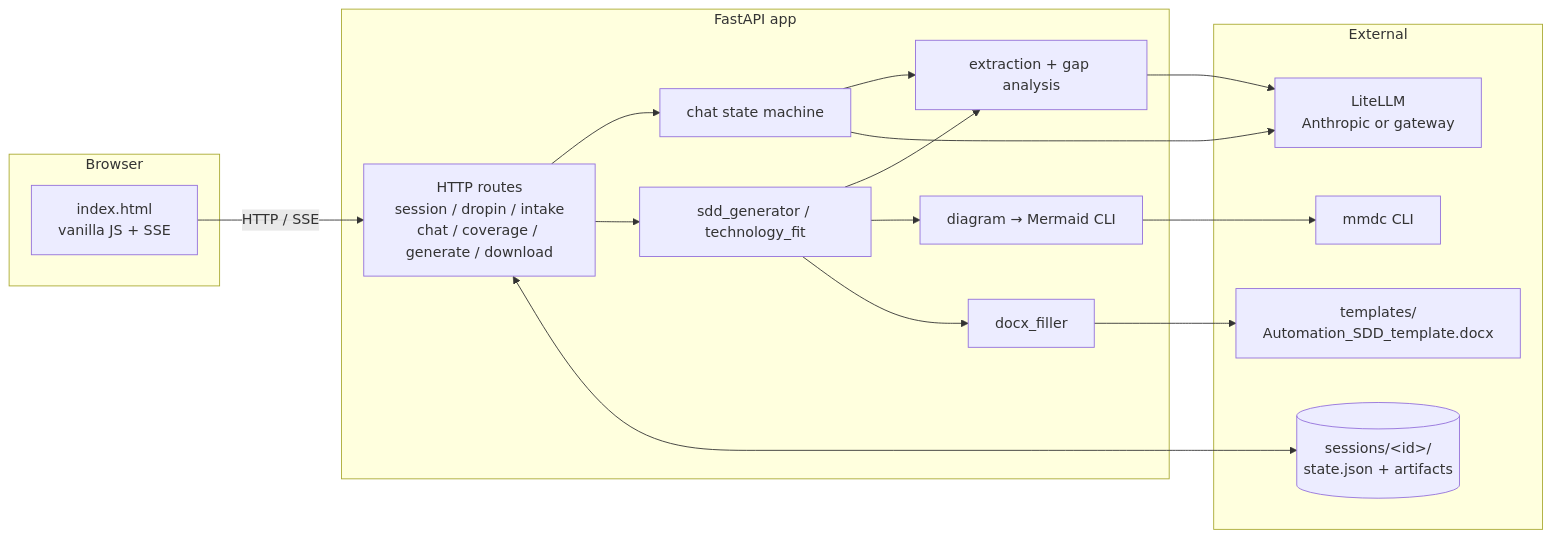
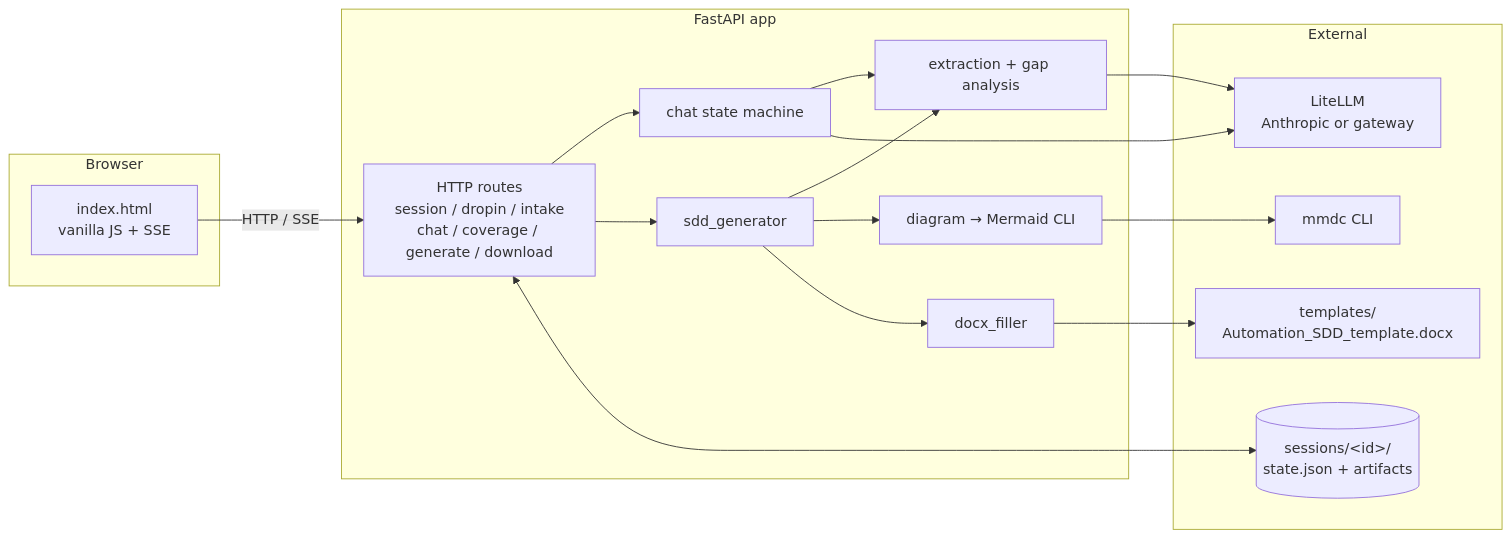
Before and after one commit to Ben-Bobo/agent-sdd-creator: the diagram in README.md, drawn with Mermaid. The commit also changed other lines of this file and 42 other files, not shown here.

````diff
--- a/README.md
+++ b/README.md
@@ -24,32 +18,32 @@
 ```mermaid
 flowchart LR
     subgraph Browser
         UI[index.html<br/>vanilla JS + SSE]
     end
     subgraph App[FastAPI app]
         Routes[HTTP routes<br/>session / dropin / intake<br/>chat / coverage / generate / download]
         Chat[chat state machine]
-        Gen[sdd_generator / technology_fit]
+        Gen[sdd_generator]
         Extract[extraction + gap analysis]
         Filler[docx_filler]
         Diagram[diagram → Mermaid CLI]
     end
     subgraph External
         LLM[LiteLLM<br/>Anthropic or gateway]
         Mmdc[mmdc CLI]
         Disk[(sessions/&lt;id&gt;/<br/>state.json + artifacts)]
         Template[templates/<br/>Automation_SDD_template.docx]
     end
     UI -->|HTTP / SSE| Routes
     Routes --> Chat
     Routes --> Gen
     Chat --> Extract
     Gen --> Extract
     Gen --> Diagram
     Gen --> Filler
     Extract --> LLM
     Chat --> LLM
     Diagram --> Mmdc
     Filler --> Template
     Routes <--> Disk
 ```
````
